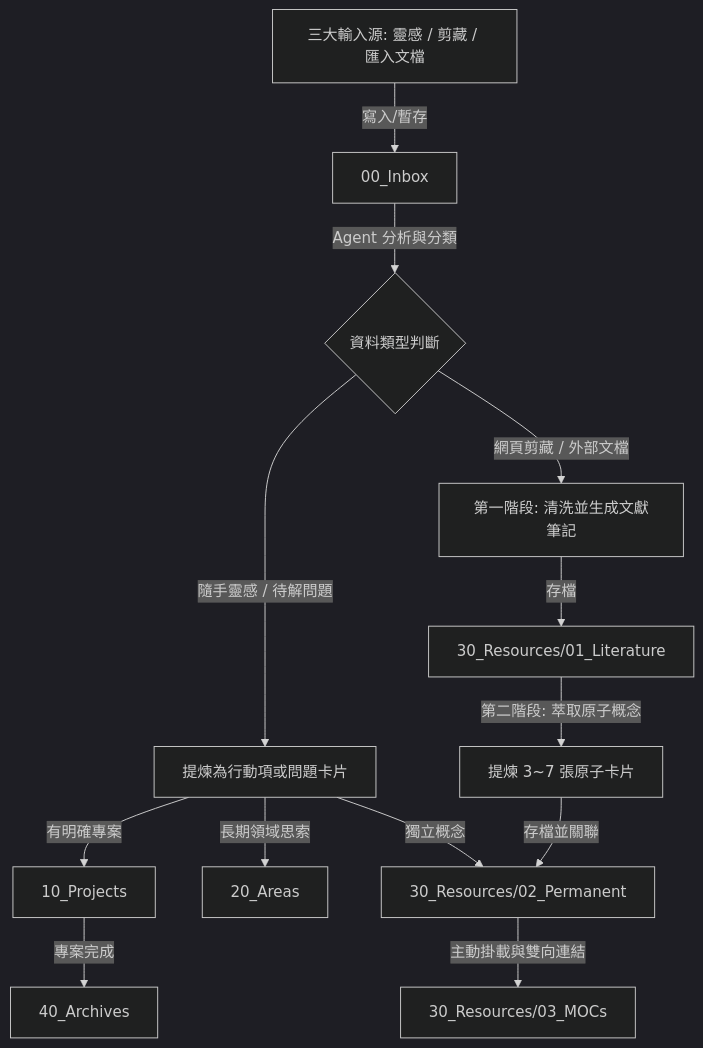
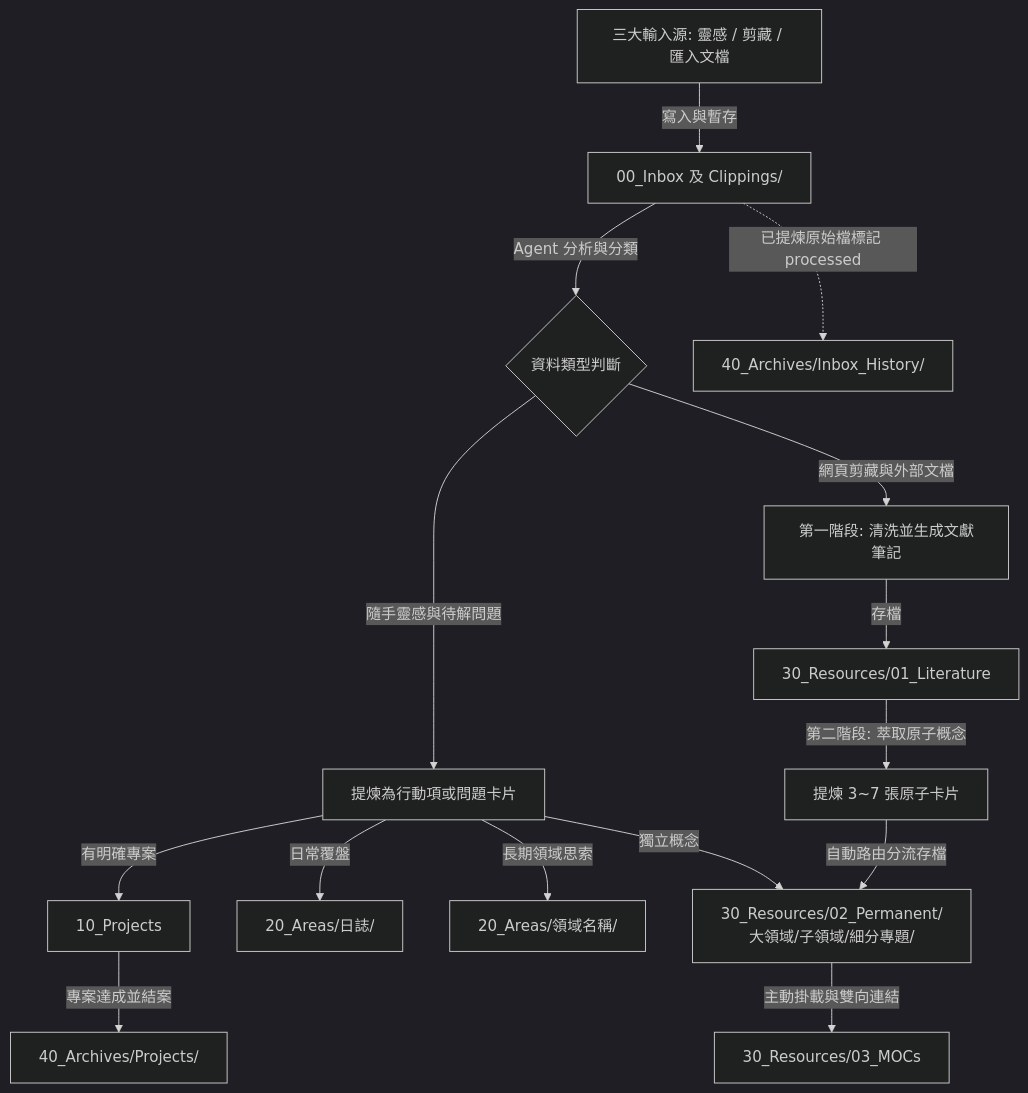
Before and after one commit to JackyLin213/Obsidian_Agent_Starter_Template: the second of 4 diagrams in AGENTS.md, drawn with Mermaid (dark theme). The commit also changed other lines of this file and 33 other files, not shown here.

````diff
--- a/AGENTS.md
+++ b/AGENTS.md
@@ -46,20 +91,22 @@
 ```mermaid
 flowchart TD
-    A[三大輸入源: 靈感 / 剪藏 / 匯入文檔] -->|寫入/暫存| B[00_Inbox]
-    B -->|Agent 分析與分類| C{資料類型判斷}
+    A["三大輸入源: 靈感 / 剪藏 / 匯入文檔"] -->|寫入與暫存| B["00_Inbox 及 Clippings/"]
+    B -->|Agent 分析與分類| C{"資料類型判斷"}
     
-    C -->|隨手靈感 / 待解問題| D[提煉為行動項或問題卡片]
-    D -->|有明確專案| E[10_Projects]
-    D -->|長期領域思索| F[20_Areas]
-    D -->|獨立概念| G[30_Resources/02_Permanent]
+    C -->|隨手靈感與待解問題| D["提煉為行動項或問題卡片"]
+    D -->|有明確專案| E["10_Projects"]
+    D -->|日常覆盤| F1["20_Areas/日誌/"]
+    D -->|長期領域思索| F2["20_Areas/領域名稱/"]
+    D -->|獨立概念| G["30_Resources/02_Permanent/大領域/子領域/細分專題/"]
     
-    C -->|網頁剪藏 / 外部文檔| H[第一階段: 清洗並生成文獻筆記]
-    H -->|存檔| I[30_Resources/01_Literature]
+    C -->|網頁剪藏與外部文檔| H["第一階段: 清洗並生成文獻筆記"]
+    H -->|存檔| I["30_Resources/01_Literature"]
     
-    I -->|第二階段: 萃取原子概念| J[提煉 3~7 張原子卡片]
-    J -->|存檔並關聯| G
+    I -->|第二階段: 萃取原子概念| J["提煉 3~7 張原子卡片"]
+    J -->|自動路由分流存檔| G
     
-    G -->|主動掛載與雙向連結| K[30_Resources/03_MOCs]
+    G -->|主動掛載與雙向連結| K["30_Resources/03_MOCs"]
     
-    E -->|專案完成| L[40_Archives]
+    B -.->|已提煉原始檔標記 processed| L1["40_Archives/Inbox_History/"]
+    E -->|專案達成並結案| L2["40_Archives/Projects/"]
 ```
````
